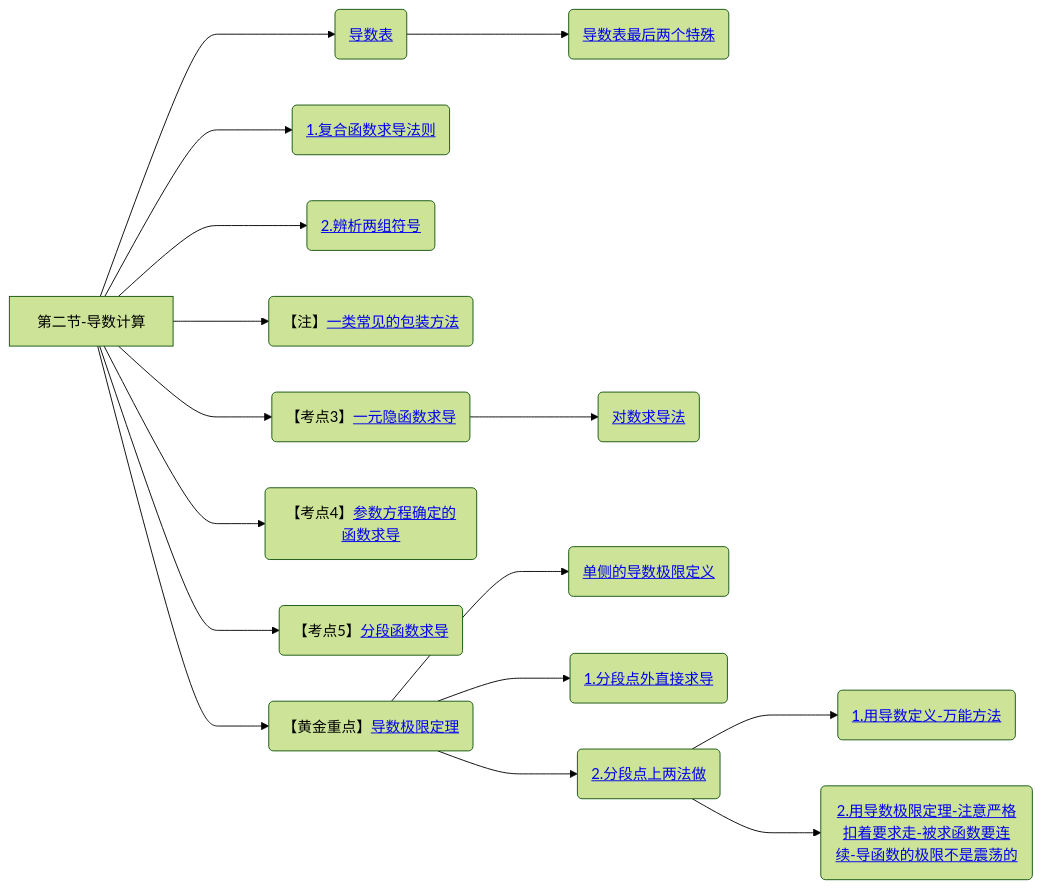
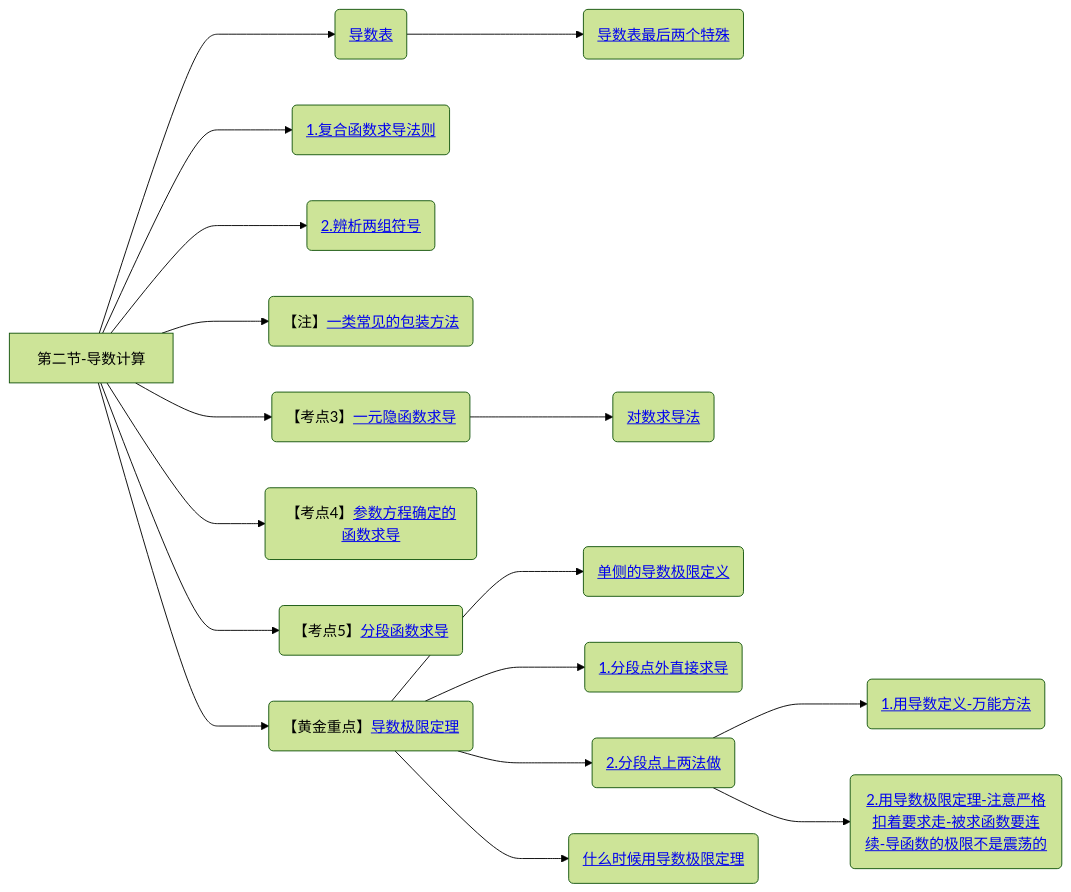
One commit to yuebinghui/note changed diagram 12 of 12 in 笔记/数学/周洋鑫/01.基础班思维导图.md. Above: the diagram before and after it, drawn with Mermaid (forest theme). The commit also changed 6 other files, not shown here.

````diff
--- a/笔记/数学/周洋鑫/01.基础班思维导图.md
+++ b/笔记/数学/周洋鑫/01.基础班思维导图.md
@@ -454,27 +454,28 @@
 ```mermaid
 graph LR
 第二节-导数计算
 
 第二节-导数计算--->导数表(<a href="/Users/yuebinghui/Documents/program/github/note/笔记/数学/周洋鑫/零基础提前学/11.1零基础核心考点精讲10-1.md#导数表-必须记住">导数表</>)
 导数表--->导数表最后两个特殊(<a href="/Users/yuebinghui/Documents/program/github/note/笔记/数学/周洋鑫/零基础提前学/11.1零基础核心考点精讲10-1.md#导数表最后两个特殊">导数表最后两个特殊</>)
 第二节-导数计算--->复合函数求导法则(<a href="/Users/yuebinghui/Documents/program/github/note/笔记/数学/周洋鑫/基础班/12.导数计算_1.md#复合函数求导法则">1.复合函数求导法则</>)
 第二节-导数计算--->2.辨析两组符号(<a href="/Users/yuebinghui/Documents/program/github/note/笔记/数学/周洋鑫/基础班/12.导数计算_1.md#2.辨析两组符号">2.辨析两组符号</>)
 
 第二节-导数计算--->一类常见的包装方法(【注】<a href="/Users/yuebinghui/Documents/program/github/note/笔记/数学/周洋鑫/基础班/12.导数计算_1.md#一类常见的包装方法">一类常见的包装方法</>)
 
 第二节-导数计算--->一元隐函数求导(【考点3】<a href="/Users/yuebinghui/Documents/program/github/note/笔记/数学/周洋鑫/基础班/12.导数计算_1.md#一元隐函数求导">一元隐函数求导</>)
 
 一元隐函数求导--->对数求导法(<a href="/Users/yuebinghui/Documents/program/github/note/笔记/数学/周洋鑫/基础班/13.导数计算_2.md#对数求导法">对数求导法</>)
 
 第二节-导数计算--->参数方程确定的函数求导(【考点4】<a href="/Users/yuebinghui/Documents/program/github/note/笔记/数学/周洋鑫/基础班/13.导数计算_2.md#参数方程确定的函数求导">参数方程确定的函数求导</>)
 
 第二节-导数计算--->分段函数求导(【考点5】<a href="/Users/yuebinghui/Documents/program/github/note/笔记/数学/周洋鑫/基础班/13.导数计算_2.md#分段函数求导">分段函数求导</>)
 
 第二节-导数计算--->导数极限定理(【黄金重点】<a href="/Users/yuebinghui/Documents/program/github/note/笔记/数学/周洋鑫/基础班/13.导数计算_2.md#导数极限定理">导数极限定理</>)
 导数极限定理--->单侧的导数极限定义(<a href="/Users/yuebinghui/Documents/program/github/note/笔记/数学/周洋鑫/基础班/13.导数计算_2.md#单侧的导数极限定义">单侧的导数极限定义</>)
 导数极限定理--->1.分段点外直接求导(<a href="/Users/yuebinghui/Documents/program/github/note/笔记/数学/周洋鑫/基础班/13.导数计算_2.md#1.分段点外直接求导">1.分段点外直接求导</>)
 导数极限定理--->2.分段点上两法做(<a href="/Users/yuebinghui/Documents/program/github/note/笔记/数学/周洋鑫/基础班/13.导数计算_2.md#2.分段点上两法做">2.分段点上两法做</>)
 2.分段点上两法做--->1.用导数定义-万能方法(<a href="/Users/yuebinghui/Documents/program/github/note/笔记/数学/周洋鑫/基础班/13.导数计算_2.md#1.用导数定义-万能方法">1.用导数定义-万能方法</>)
 2.分段点上两法做--->2.用导数极限定理-注意严格扣着要求走-被求函数要连续-导函数的极限不是震荡的(<a href="/Users/yuebinghui/Documents/program/github/note/笔记/数学/周洋鑫/基础班/13.导数计算_2.md#2.用导数极限定理-注意严格扣着要求走-被求函数要连续-导函数的极限不是震荡的">2.用导数极限定理-注意严格扣着要求走-被求函数要连续-导函数的极限不是震荡的</>)
+导数极限定理--->什么时候用导数极限定理(<a href="/Users/yuebinghui/Documents/program/github/note/笔记/数学/周洋鑫/基础班/13.导数计算_2.md#什么时候用导数极限定理">什么时候用导数极限定理</>)
 
 ```
````
